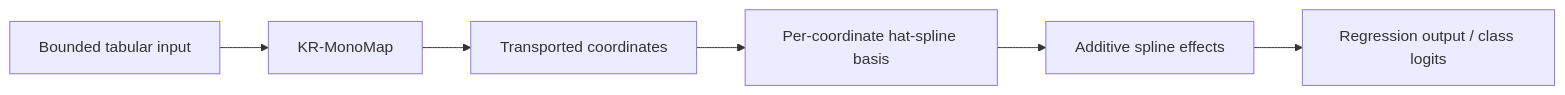
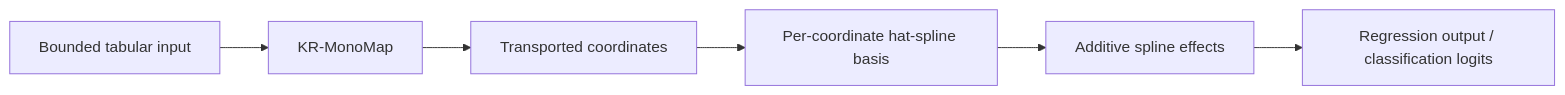
Before and after one commit to mcihann/KRAN-backup: the diagram in READMEE.md, drawn with Mermaid.

````diff
--- a/READMEE.md
+++ b/READMEE.md
@@ -5,8 +5,8 @@
 ```mermaid
 flowchart LR
     A[Bounded tabular input] --> B[KR-MonoMap]
     B --> C[Transported coordinates]
     C --> D[Per-coordinate hat-spline basis]
     D --> E[Additive spline effects]
-    E --> F[Regression output / class logits]
+    E --> F[Regression output / classification logits]
 ```
````
